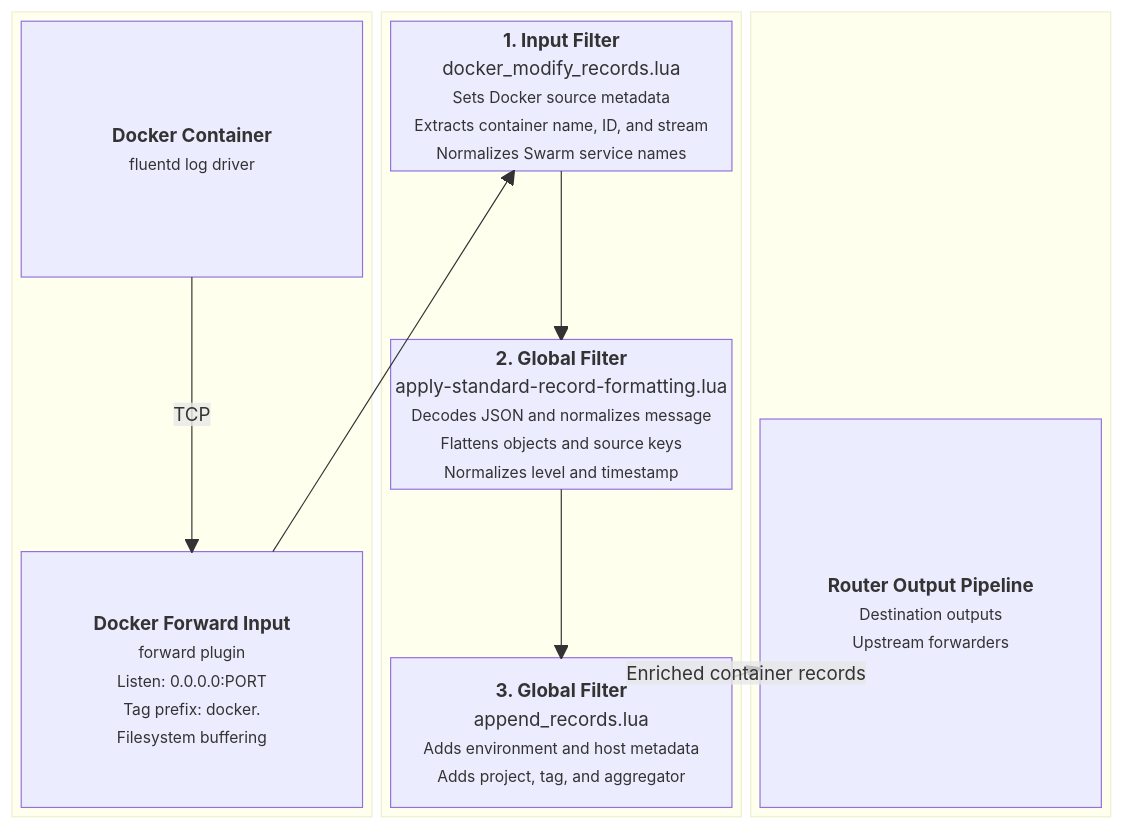
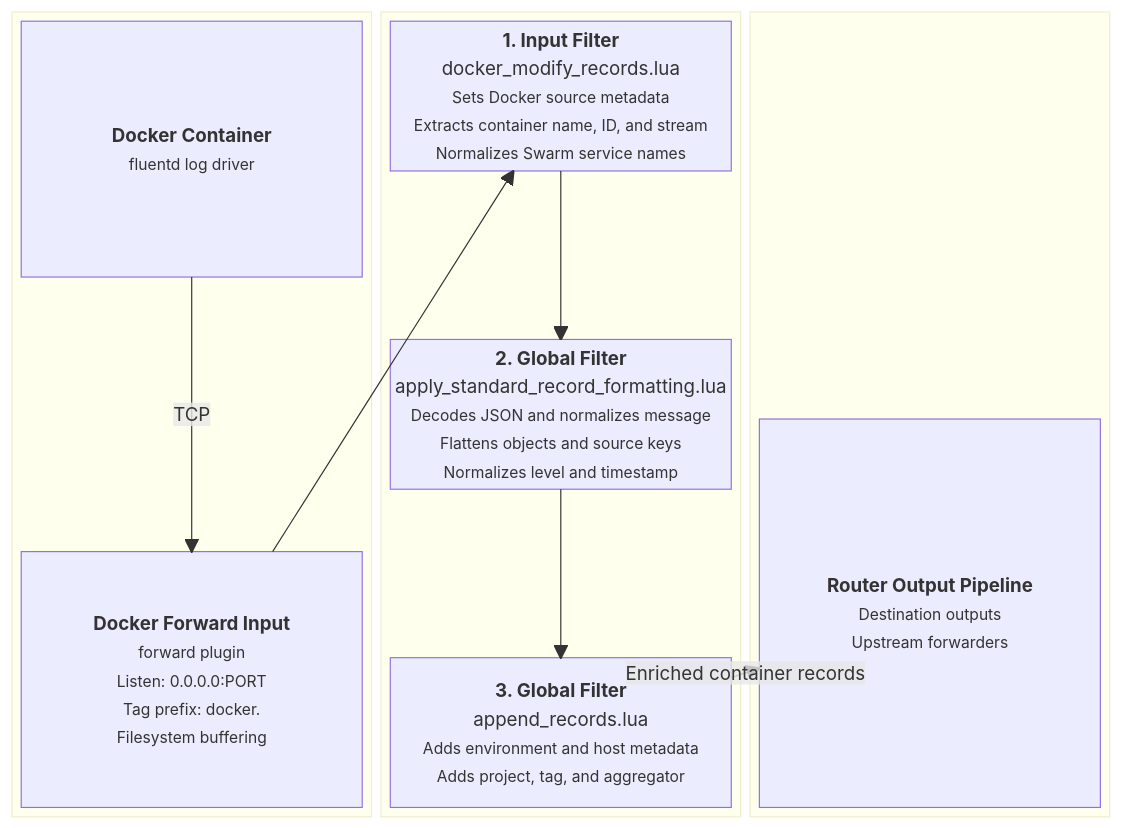
One commit to Josh5/fluent-bit-router changed the diagram in docs/input-docker.md. Above: the diagram before and after it, drawn with Mermaid. The commit also changed other lines of this file and 22 other files, not shown here.

````diff
--- a/docs/input-docker.md
+++ b/docs/input-docker.md
@@ -49,39 +49,39 @@
 ```mermaid
 block-beta
     columns 3
 
     %% INPUT SECTION
     block:InputStage
         columns 1
 
         A["<b>Docker Container</b><br/><small>fluentd log driver</small>"]
         space
         B["<b>Docker Forward Input</b><br/><small>forward plugin<br/>Listen: 0.0.0.0:PORT<br/>Tag prefix: docker.<br/>Filesystem buffering</small>"]
     end
 
     %% FILTER SECTION
     block:FilterStage
         columns 1
 
         C["<b>1. Input Filter</b><br/>docker_modify_records.lua<br/><small>Sets Docker source metadata<br/>Extracts container name, ID, and stream<br/>Normalizes Swarm service names</small>"]
         space
-        D["<b>2. Global Filter</b><br/>apply-standard-record-formatting.lua<br/><small>Decodes JSON and normalizes message<br/>Flattens objects and source keys<br/>Normalizes level and timestamp</small>"]
+        D["<b>2. Global Filter</b><br/>apply_standard_record_formatting.lua<br/><small>Decodes JSON and normalizes message<br/>Flattens objects and source keys<br/>Normalizes level and timestamp</small>"]
         space
         E["<b>3. Global Filter</b><br/>append_records.lua<br/><small>Adds environment and host metadata<br/>Adds project, tag, and aggregator</small>"]
     end
 
     %% OUTPUT SECTION
     block:OutputStage
         columns 1
 
         space
         F["<b>Router Output Pipeline</b><br/><small>Destination outputs<br/>Upstream forwarders</small>"]
     end
 
     %% DATA FLOW
     A -- "TCP" --> B
     B --> C
     C --> D
     D --> E
     E -- "Enriched container records" --> F
 ```
````
